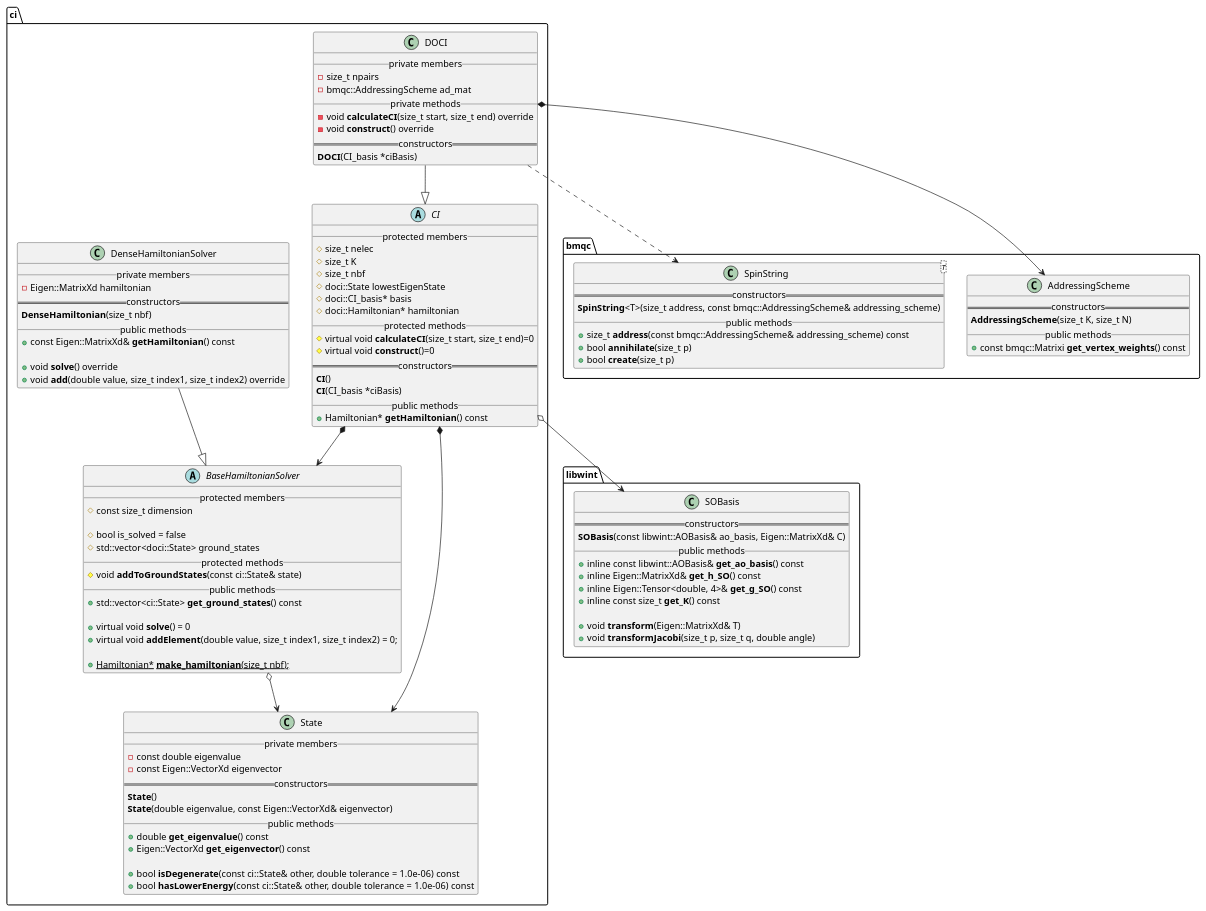
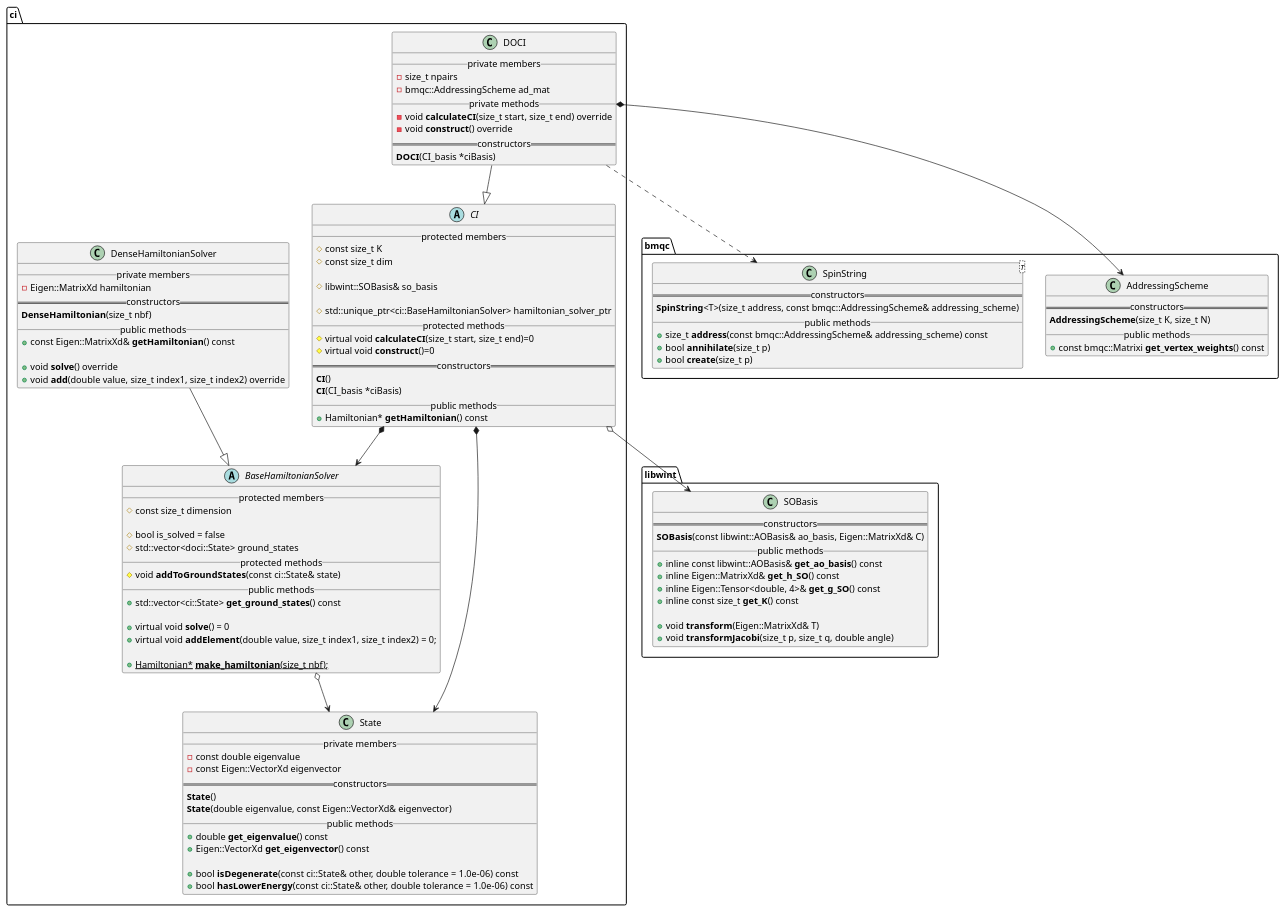
One commit to tmhuysen/ci changed the diagram in docs/ci.puml. Above: the diagram before and after it, drawn with PlantUML. The commit also changed 5 other files, not shown here.

```diff
--- a/docs/ci.puml
+++ b/docs/ci.puml
@@ -1,135 +1,135 @@
 @startuml
 
 namespace ci {
 
     class State {
         __ private members __
             - const double eigenvalue
             - const Eigen::VectorXd eigenvector
         == constructors ==
             **State**()
             **State**(double eigenvalue, const Eigen::VectorXd& eigenvector)
         __ public methods __
             + double **get_eigenvalue**() const
             + Eigen::VectorXd **get_eigenvector**() const
 
             + bool **isDegenerate**(const ci::State& other, double tolerance = 1.0e-06) const
             + bool **hasLowerEnergy**(const ci::State& other, double tolerance = 1.0e-06) const
     }
 
 
     abstract class CI {
         __ protected members __
-            # size_t nelec
-            # size_t K
-            # size_t nbf
-            # doci::State lowestEigenState
-            # doci::CI_basis* basis
-            # doci::Hamiltonian* hamiltonian
+            # const size_t K
+            # const size_t dim
+
+            # libwint::SOBasis& so_basis
+
+            # std::unique_ptr<ci::BaseHamiltonianSolver> hamiltonian_solver_ptr
         __ protected methods __
             # virtual void **calculateCI**(size_t start, size_t end)=0
             # virtual void **construct**()=0
         == constructors ==
             **CI**()
             **CI**(CI_basis *ciBasis)
         __ public methods __
             + Hamiltonian* **getHamiltonian**() const
     }
 
 
     class DOCI {
         __ private members __
             - size_t npairs
             - bmqc::AddressingScheme ad_mat
         __ private methods __
             - void **calculateCI**(size_t start, size_t end) override
             - void **construct**() override
         == constructors ==
             **DOCI**(CI_basis *ciBasis)
     }
 
 
 
 
     abstract class BaseHamiltonianSolver {
         __ protected members __
             # const size_t dimension
 
             # bool is_solved = false
             # std::vector<doci::State> ground_states
         __ protected methods __
             # void **addToGroundStates**(const ci::State& state)
         __ public methods __
             + std::vector<ci::State> **get_ground_states**() const
 
             + virtual void **solve**() = 0
             + virtual void **addElement**(double value, size_t index1, size_t index2) = 0;
 
             + {static} Hamiltonian* **make_hamiltonian**(size_t nbf);
     }
 
 
     class DenseHamiltonianSolver {
         __ private members __
             - Eigen::MatrixXd hamiltonian
         == constructors ==
             **DenseHamiltonian**(size_t nbf)
         __ public methods __
             + const Eigen::MatrixXd& **getHamiltonian**() const
 
             + void **solve**() override
             + void **add**(double value, size_t index1, size_t index2) override
     }
 }
 
 
 namespace bmqc {
     class AddressingScheme {
         == constructors ==
             **AddressingScheme**(size_t K, size_t N)
         __ public methods __
             + const bmqc::Matrixi **get_vertex_weights**() const
     }
 
 
     class SpinString<T> {
         == constructors ==
             **SpinString**<T>(size_t address, const bmqc::AddressingScheme& addressing_scheme)
         __ public methods __
             + size_t **address**(const bmqc::AddressingScheme& addressing_scheme) const
             + bool **annihilate**(size_t p)
             + bool **create**(size_t p)
     }
 }
 
 
 namespace libwint {
     class SOBasis {
         == constructors ==
             **SOBasis**(const libwint::AOBasis& ao_basis, Eigen::MatrixXd& C)
         __ public methods __
             + inline const libwint::AOBasis& **get_ao_basis**() const
             + inline Eigen::MatrixXd& **get_h_SO**() const
             + inline Eigen::Tensor<double, 4>& **get_g_SO**() const
             + inline const size_t **get_K**() const
 
             + void **transform**(Eigen::MatrixXd& T)
             + void **transformJacobi**(size_t p, size_t q, double angle)
     }
 }
 
 
 ci.BaseHamiltonianSolver o--> ci.State
 
 ci.DenseHamiltonianSolver --|> ci.BaseHamiltonianSolver
 
 ci.CI *--> ci.State
 ci.CI o--> libwint.SOBasis
 ci.CI *--> ci.BaseHamiltonianSolver
 
 ci.DOCI --|> ci.CI
 ci.DOCI *--> bmqc.AddressingScheme
 ci.DOCI ..> bmqc.SpinString
 
 
 @enduml
```
